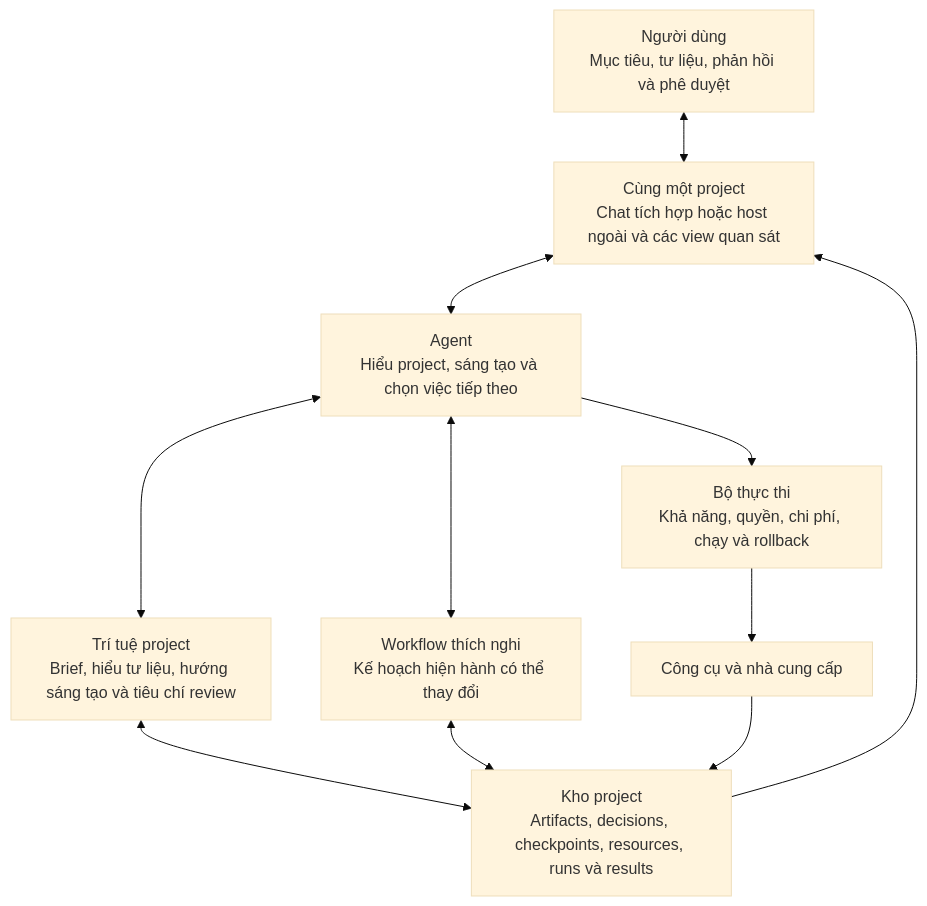
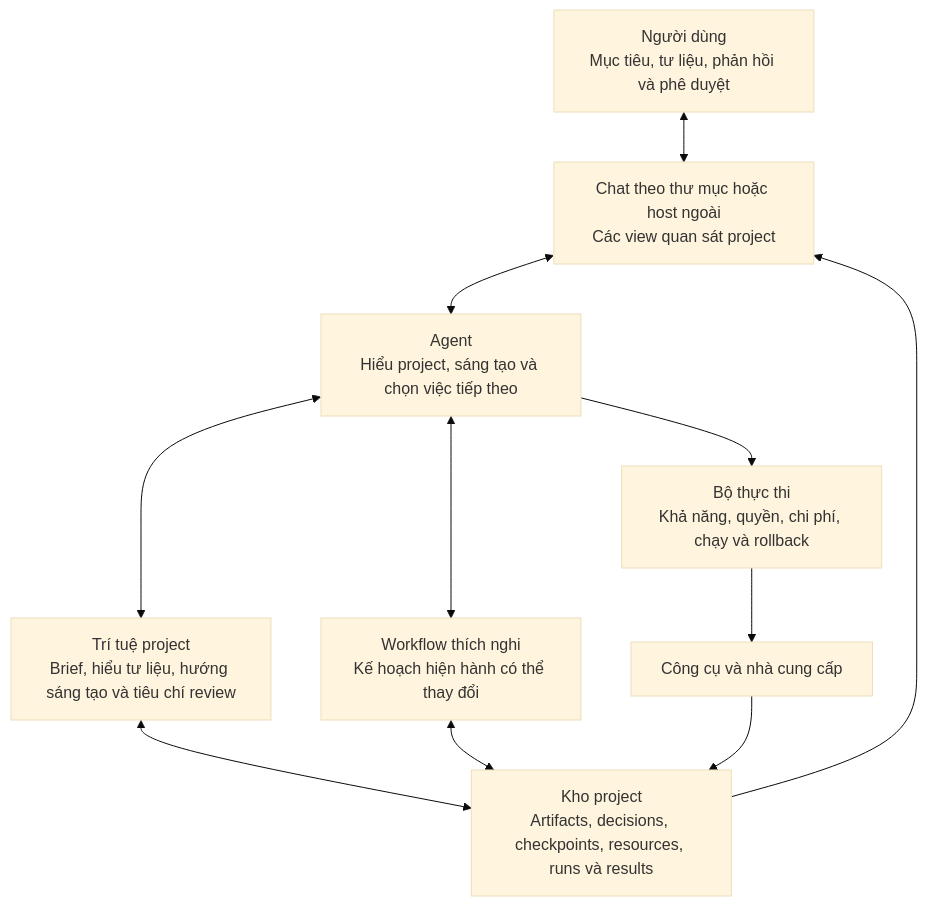
The first of 2 diagrams in docs/build/PADSTUDIO-CURRENT-DIRECTION.md (padduwcs/PADStudio), drawn with Mermaid (base theme) before and after one commit. The commit also changed other lines of this file and 23 other files, not shown here.

````diff
--- a/docs/build/PADSTUDIO-CURRENT-DIRECTION.md
+++ b/docs/build/PADSTUDIO-CURRENT-DIRECTION.md
@@ -48,19 +46,19 @@
 ```mermaid
 flowchart TB
     U[Người dùng<br/>Mục tiêu, tư liệu, phản hồi và phê duyệt]
-    W[Cùng một project<br/>Chat tích hợp hoặc host ngoài và các view quan sát]
+    W[Chat theo thư mục hoặc host ngoài<br/>Các view quan sát project]
     A[Agent<br/>Hiểu project, sáng tạo và chọn việc tiếp theo]
     I[Trí tuệ project<br/>Brief, hiểu tư liệu, hướng sáng tạo và tiêu chí review]
     F[Workflow thích nghi<br/>Kế hoạch hiện hành có thể thay đổi]
     P[Kho project<br/>Artifacts, decisions, checkpoints, resources, runs và results]
     E[Bộ thực thi<br/>Khả năng, quyền, chi phí, chạy và rollback]
     T[Công cụ và nhà cung cấp]
 
     U <--> W <--> A
     A <--> I
     A <--> F
     I <--> P
     F <--> P
     A --> E --> T --> P
     P --> W
 ```
````
